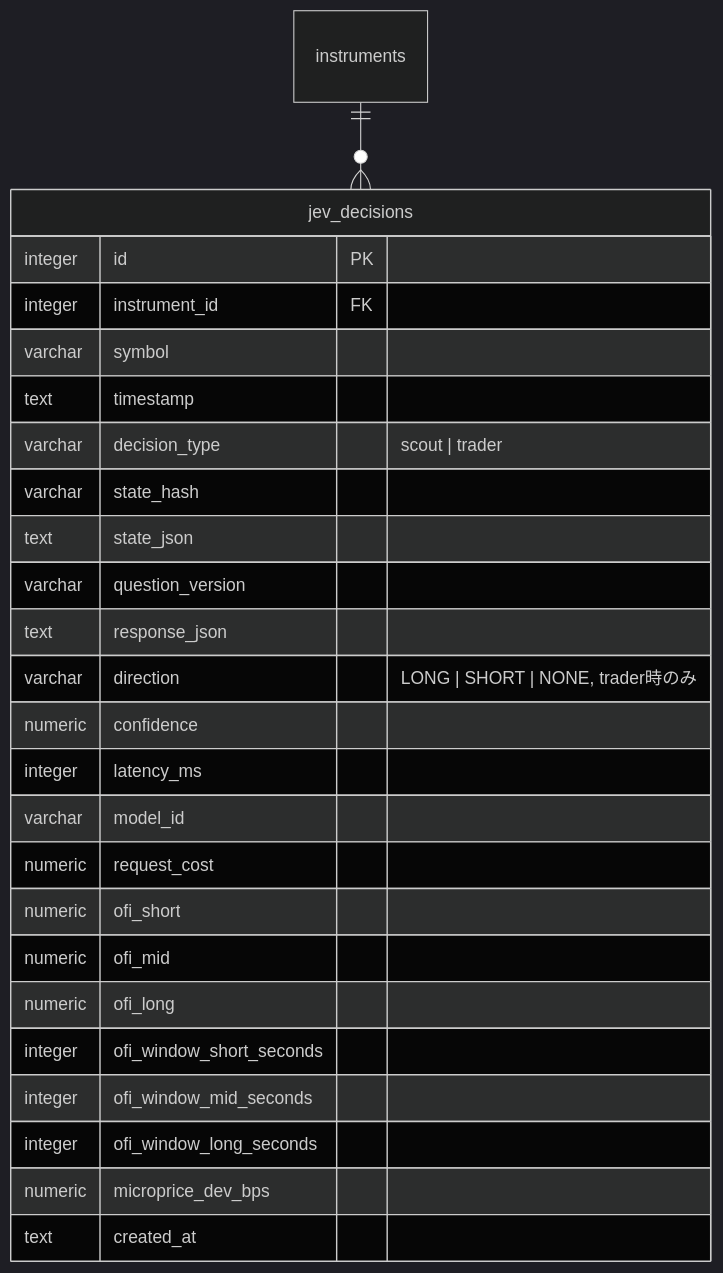
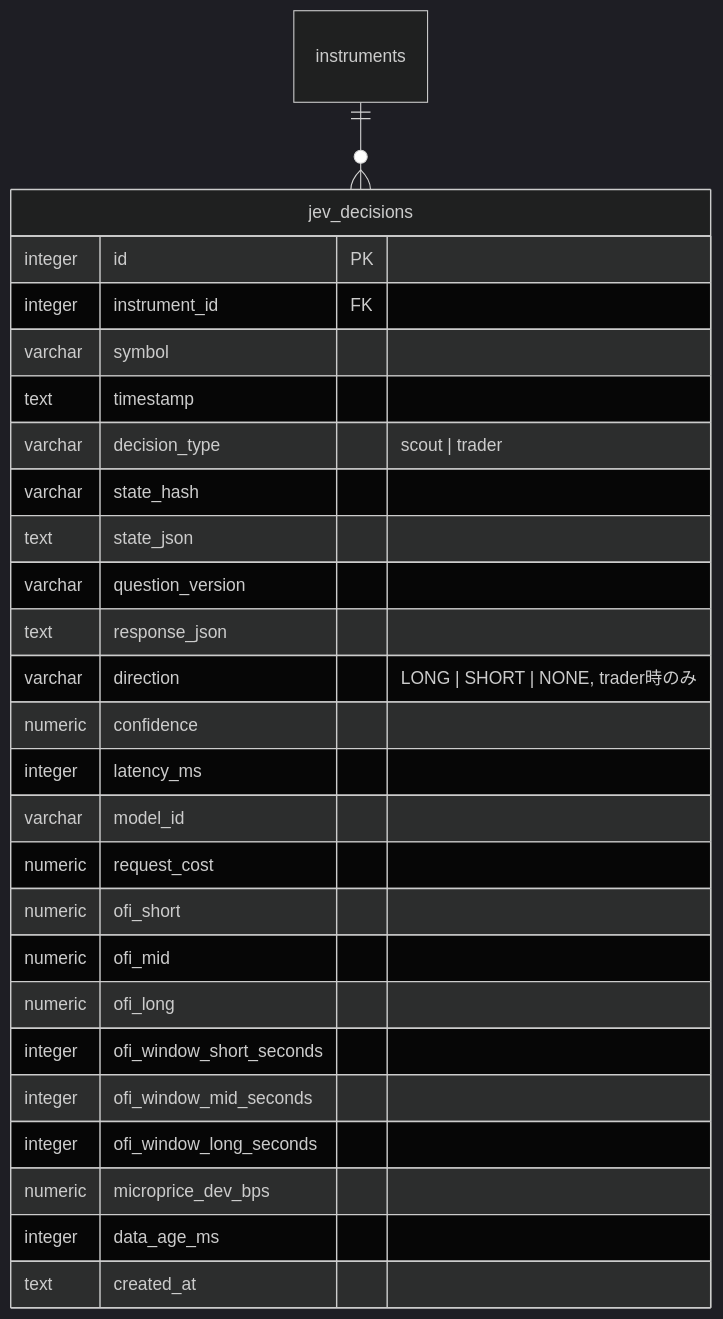
Before and after one commit to ousiassllc/pitha-trador: the third of 4 diagrams in docs/architecture/er/tables-market.md, drawn with Mermaid (dark theme). The commit also changed other lines of this file and 54 other files, not shown here.

Commit message:
feat: ランキング監視の足の鮮度上限を20秒へ引き締めSettingsで変更可能にし、data_age_msを判断ログに保存 (#754)

````diff
--- a/docs/architecture/er/tables-market.md
+++ b/docs/architecture/er/tables-market.md
@@ -166,28 +166,29 @@
 ```mermaid
 erDiagram
     instruments ||--o{ jev_decisions : ""
     jev_decisions {
         integer id PK
         integer instrument_id FK
         varchar symbol
         text timestamp
         varchar decision_type "scout | trader"
         varchar state_hash
         text state_json
         varchar question_version
         text response_json
         varchar direction "LONG | SHORT | NONE, trader時のみ"
         numeric confidence
         integer latency_ms
         varchar model_id
         numeric request_cost
         numeric ofi_short
         numeric ofi_mid
         numeric ofi_long
         integer ofi_window_short_seconds
         integer ofi_window_mid_seconds
         integer ofi_window_long_seconds
         numeric microprice_dev_bps
+        integer data_age_ms
         text created_at
     }
 ```
````
